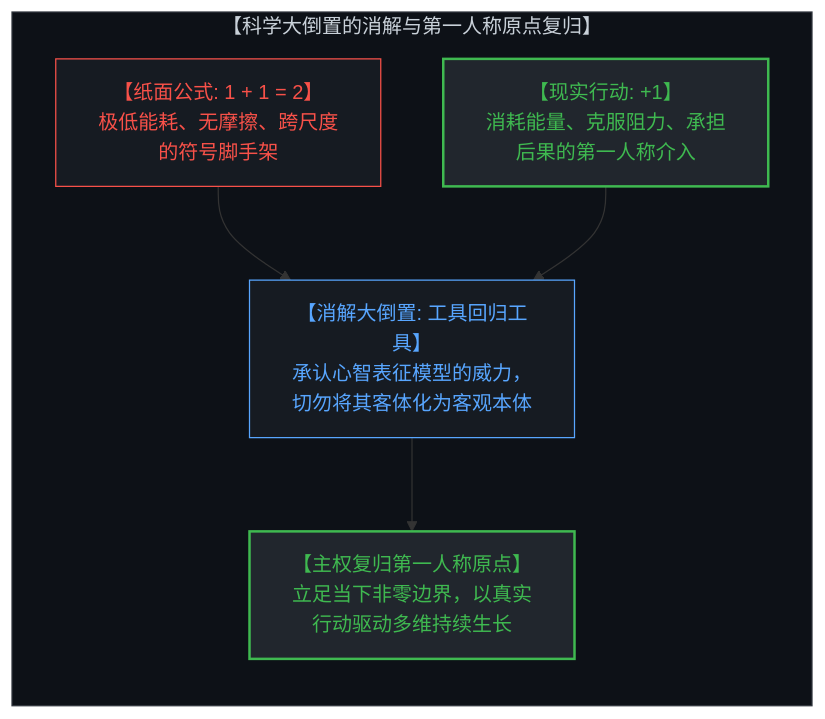
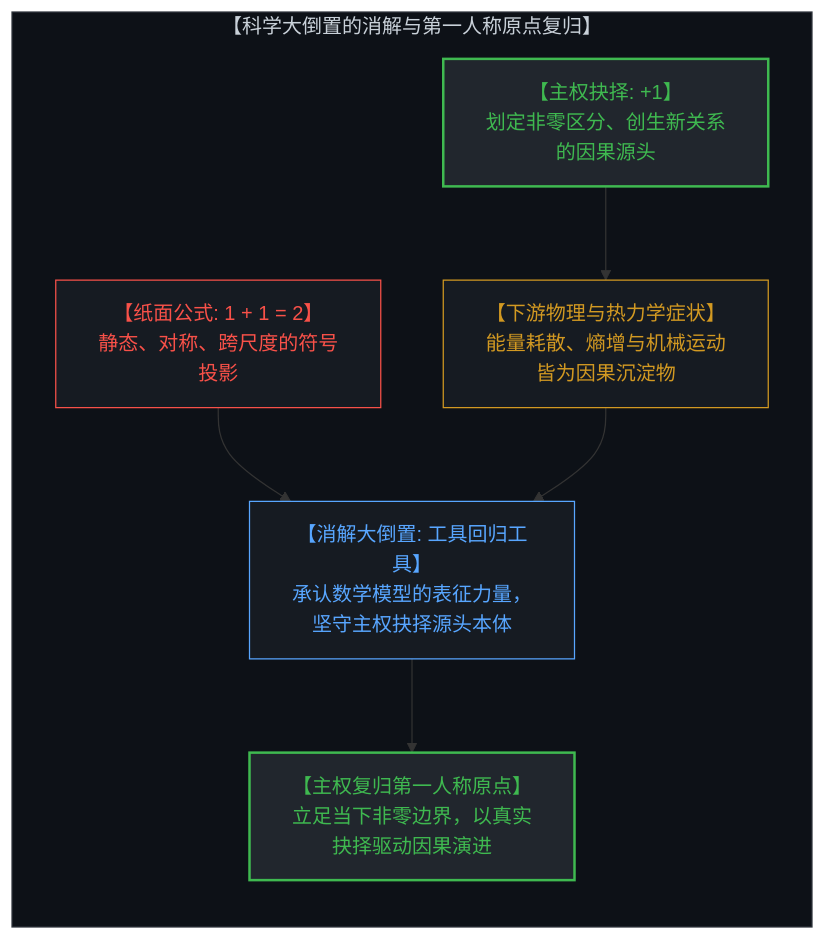
The sixth of 6 diagrams in content/posts/the-illusion-of-the-tool-and-the-inversion-of-time.md (powerpig99/not-a-toe), drawn with Mermaid before and after one commit. The commit also changed other lines of this file and 3 other files, not shown here.

Commit message:
Restore true causal hierarchy: Sovereign Choice as primary origin and physical entropy as downstream symptom in Post #313

````diff
--- a/content/posts/the-illusion-of-the-tool-and-the-inversion-of-time.md
+++ b/content/posts/the-illusion-of-the-tool-and-the-inversion-of-time.md
@@ -290,18 +295,21 @@
 ```mermaid
 graph TD
     subgraph TheGreatReversalResolution["【科学大倒置的消解与第一人称原点复归】"]
         direction TB
-        PaperTautology["【纸面公式: 1 + 1 = 2】<br>极低能耗、无摩擦、跨尺度的符号脚手架"]
-        LivingIntervention["【现实行动: +1】<br>消耗能量、克服阻力、承担后果的第一人称介入"]
-        ReversalDissolved["【消解大倒置: 工具回归工具】<br>承认心智表征模型的威力，切勿将其客体化为客观本体"]
-        SovereigntyReclaimed["【主权复归第一人称原点】<br>立足当下非零边界，以真实行动驱动多维持续生长"]
+        PaperTautology["【纸面公式: 1 + 1 = 2】<br>静态、对称、跨尺度的符号投影"]
+        LivingIntervention["【主权抉择: +1】<br>划定非零区分、创生新关系的因果源头"]
+        DownstreamPhysicalSymptoms["【下游物理与热力学症状】<br>能量耗散、熵增与机械运动皆为因果沉淀物"]
+        ReversalDissolved["【消解大倒置: 工具回归工具】<br>承认数学模型的表征力量，坚守主权抉择源头本体"]
+        SovereigntyReclaimed["【主权复归第一人称原点】<br>立足当下非零边界，以真实抉择驱动因果演进"]
+        LivingIntervention --> DownstreamPhysicalSymptoms
         PaperTautology --> ReversalDissolved
-        LivingIntervention --> ReversalDissolved
+        DownstreamPhysicalSymptoms --> ReversalDissolved
         ReversalDissolved --> SovereigntyReclaimed
     end
     style TheGreatReversalResolution fill:#0d1117,stroke:#30363d,stroke-width:1px,color:#c9d1d9
     style PaperTautology fill:#161b22,stroke:#f85149,stroke-width:1px,color:#f85149
     style LivingIntervention fill:#21262d,stroke:#3fb950,stroke-width:2px,color:#3fb950
+    style DownstreamPhysicalSymptoms fill:#161b22,stroke:#d29922,stroke-width:1px,color:#d29922
     style ReversalDissolved fill:#161b22,stroke:#58a6ff,stroke-width:1px,color:#58a6ff
     style SovereigntyReclaimed fill:#21262d,stroke:#3fb950,stroke-width:2px,color:#3fb950
 ```
````
